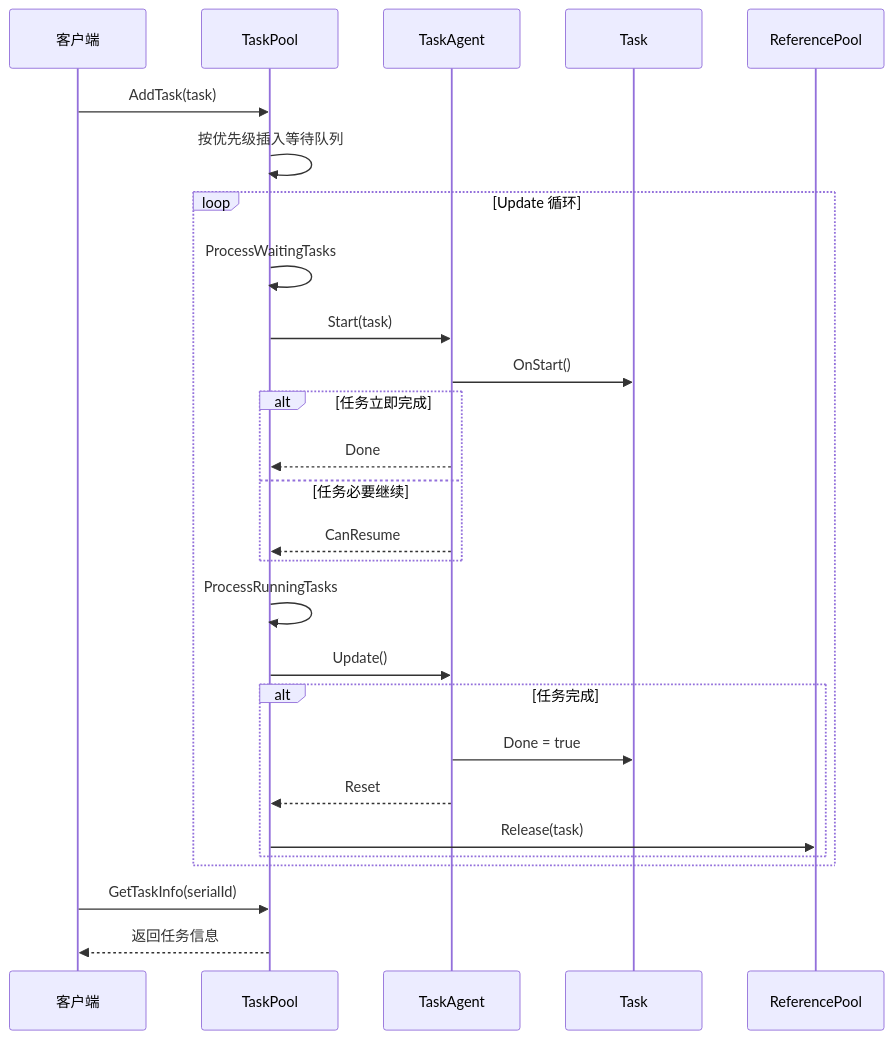
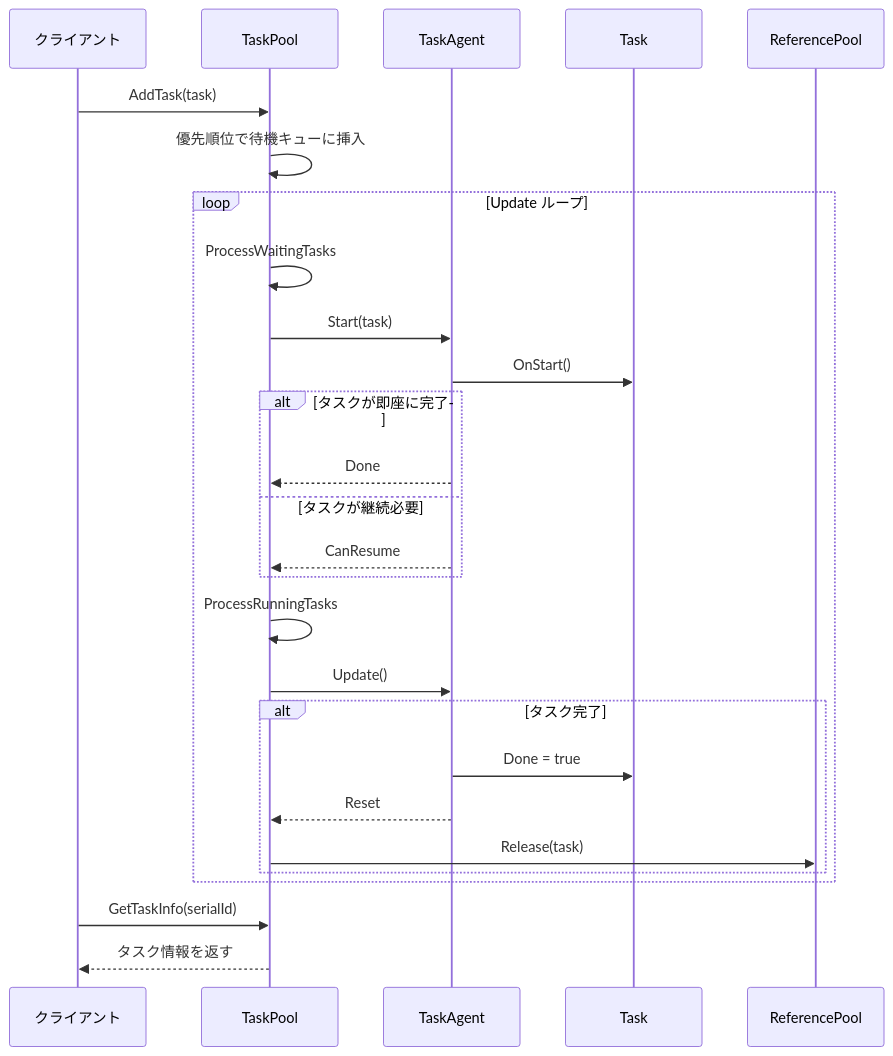
Before and after one commit to AlianBlank/GameFrameX.Docs: the third of 3 diagrams in docs/ja/client/unity/component/core/09.task-pool.md, drawn with Mermaid. The commit also changed other lines of this file and 320 other files, not shown here.

````diff
--- a/docs/ja/client/unity/component/core/09.task-pool.md
+++ b/docs/ja/client/unity/component/core/09.task-pool.md
@@ -232,35 +232,35 @@
 ```mermaid
 sequenceDiagram
-    participant Client as 客户端
+    participant Client as クライアント
     participant Pool as TaskPool
     participant Agent as TaskAgent
     participant Task as Task
     participant RefPool as ReferencePool
-    
+
     Client->>Pool: AddTask(task)
-    Pool->>Pool: 按优先级插入等待队列
-    
-    loop Update 循环
+    Pool->>Pool: 優先順位で待機キューに挿入
+
+    loop Update ループ
         Pool->>Pool: ProcessWaitingTasks
         Pool->>Agent: Start(task)
         Agent->>Task: OnStart()
-        
-        alt 任务立即完成
+
+        alt タスクが即座に完了
             Agent-->>Pool: Done
-        else 任务必要继续
+        else タスクが継続必要
             Agent-->>Pool: CanResume
         end
-        
+
         Pool->>Pool: ProcessRunningTasks
         Pool->>Agent: Update()
-        
-        alt 任务完成
+
+        alt タスク完了
             Agent->>Task: Done = true
             Agent-->>Pool: Reset
             Pool->>RefPool: Release(task)
         end
     end
-    
+
     Client->>Pool: GetTaskInfo(serialId)
-    Pool-->>Client: 返回任务信息
+    Pool-->>Client: タスク情報を返す
 ```
````
